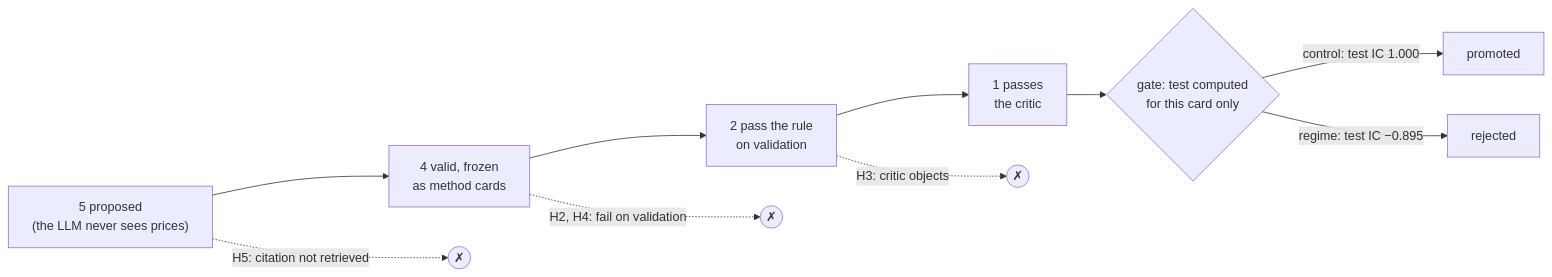
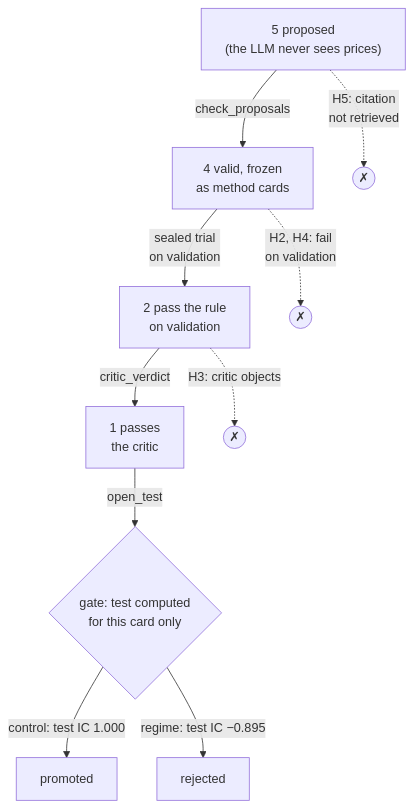
Before and after one commit to oscar-chw/agentic-quant-research: the first of 2 diagrams in docs/how-a-hypothesis-dies.md, drawn with Mermaid. The commit also changed other lines of this file and 9 other files, not shown here.

Commit message:
docs: make diagrams legible at README width

````diff
--- a/docs/how-a-hypothesis-dies.md
+++ b/docs/how-a-hypothesis-dies.md
@@ -11,12 +11,12 @@
 ```mermaid
-flowchart LR
-  P["5 proposed<br/>(the LLM never sees prices)"] --> V["4 valid, frozen<br/>as method cards"]
-  V --> T["2 pass the rule<br/>on validation"]
-  T --> C["1 passes<br/>the critic"]
-  C --> G{"gate: test computed<br/>for this card only"}
+flowchart TB
+  P["5 proposed<br/>(the LLM never sees prices)"] -->|"check_proposals"| V["4 valid, frozen<br/>as method cards"]
+  V -->|"sealed trial<br/>on validation"| T["2 pass the rule<br/>on validation"]
+  T -->|"critic_verdict"| C["1 passes<br/>the critic"]
+  C -->|"open_test"| G{"gate: test computed<br/>for this card only"}
   G -->|"control: test IC 1.000"| PR["promoted"]
   G -->|"regime: test IC −0.895"| RJ["rejected"]
-  P -. "H5: citation not retrieved" .-> X1(("✗"))
-  V -. "H2, H4: fail on validation" .-> X2(("✗"))
+  P -. "H5: citation<br/>not retrieved" .-> X1(("✗"))
+  V -. "H2, H4: fail<br/>on validation" .-> X2(("✗"))
   T -. "H3: critic objects" .-> X3(("✗"))
 ```
````
